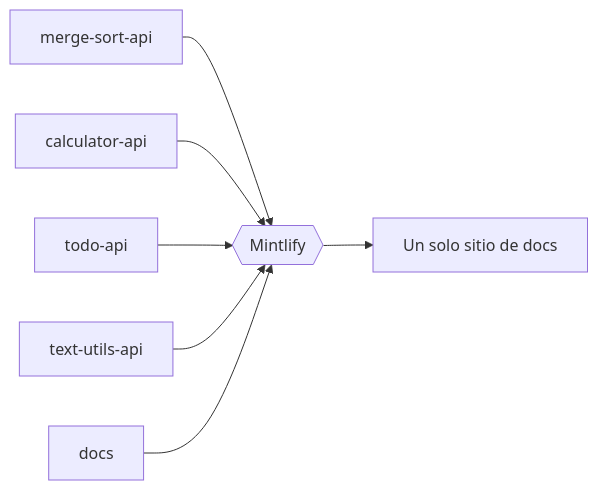
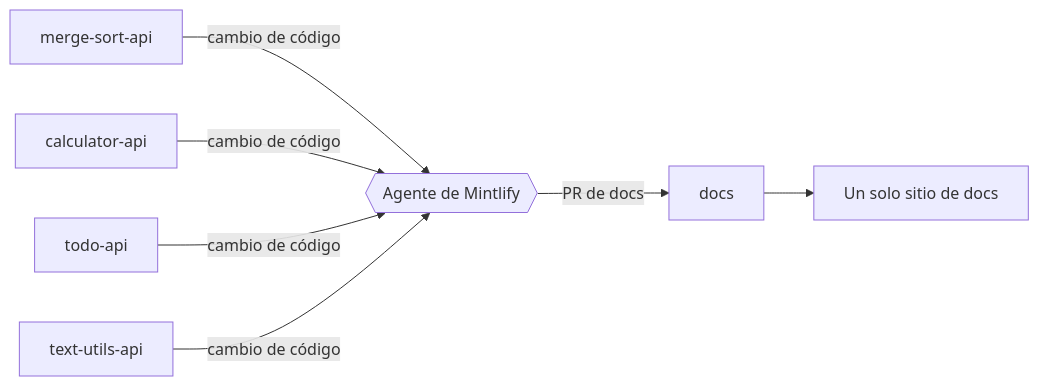
One commit to mintlify-demo/docs changed the diagram in es/quickstart.mdx. Above: the diagram before and after it, drawn with Mermaid. The commit also changed other lines of this file and 58 other files, not shown here.

````diff
--- a/es/quickstart.mdx
+++ b/es/quickstart.mdx
@@ -108,9 +108,9 @@
 ```mermaid
 flowchart LR
-    A[merge-sort-api] --> M{{Mintlify}}
-    B[calculator-api] --> M
-    C[todo-api] --> M
-    D[text-utils-api] --> M
-    E[docs] --> M
-    M --> S[Un solo sitio de docs]
+    A[merge-sort-api] -- cambio de código --> M{{Agente de Mintlify}}
+    B[calculator-api] -- cambio de código --> M
+    C[todo-api] -- cambio de código --> M
+    D[text-utils-api] -- cambio de código --> M
+    M -- PR de docs --> E[docs]
+    E --> S[Un solo sitio de docs]
 ```
````
